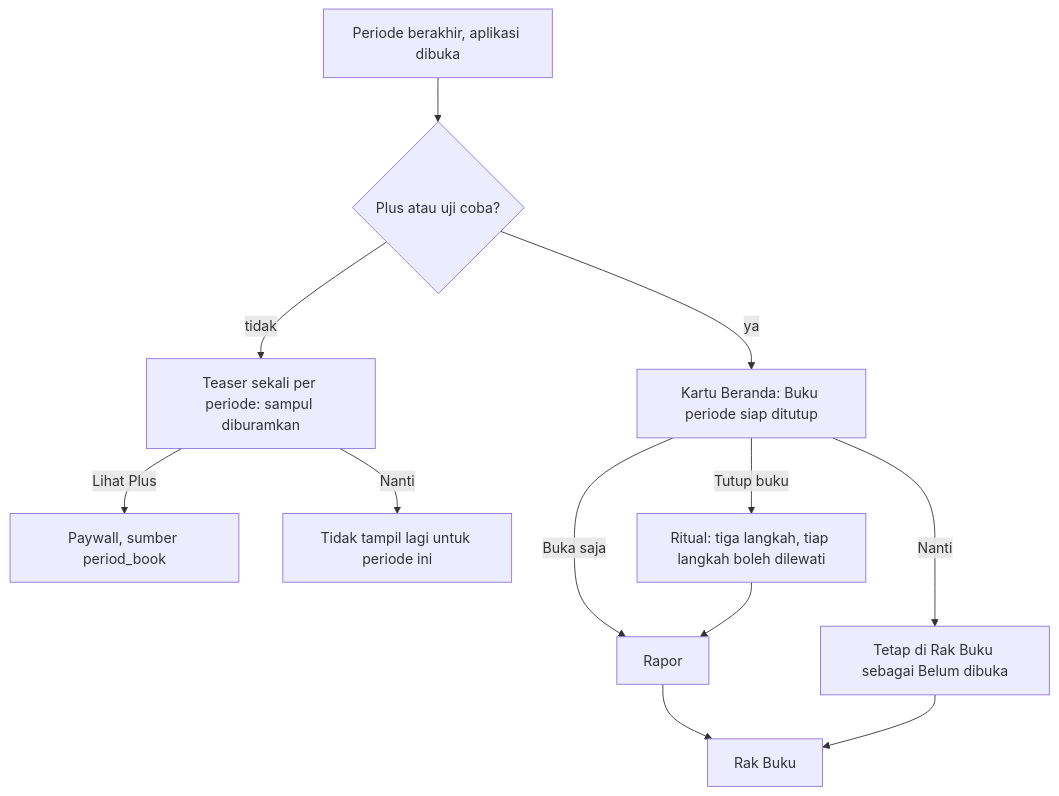
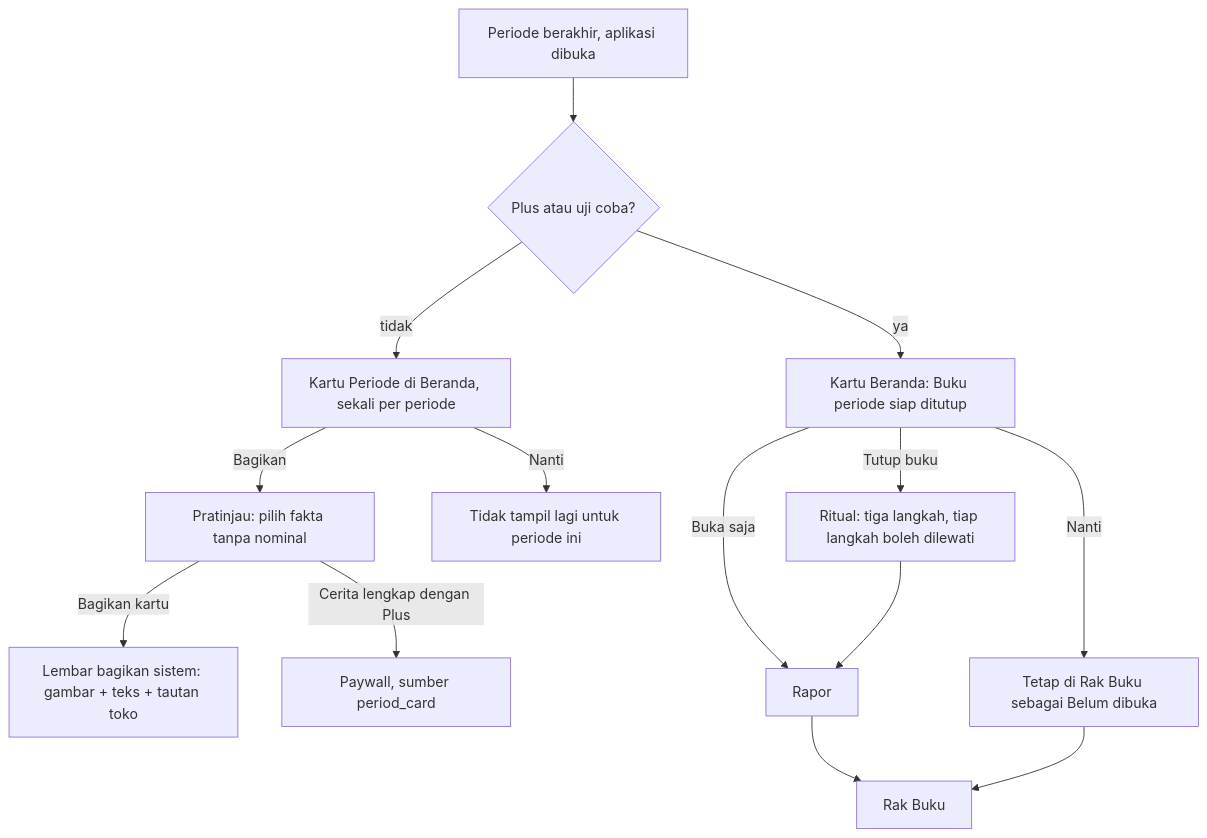
One commit to arkariz/Saldough changed the diagram in docs/01-product/features/BUKU_PERIODE.md. Above: the diagram before and after it, drawn with Mermaid. The commit also changed other lines of this file and 4 other files, not shown here.

First line of the commit message:
Buku Periode: Kartu Periode gratis yang bisa dibagikan (jalur pertumbuhan)

````diff
--- a/docs/01-product/features/BUKU_PERIODE.md
+++ b/docs/01-product/features/BUKU_PERIODE.md
@@ -168,14 +182,16 @@
 ```mermaid
 flowchart TD
   A[Periode berakhir, aplikasi dibuka] --> B{Plus atau uji coba?}
-  B -- tidak --> T[Teaser sekali per periode: sampul diburamkan]
-  T -- Lihat Plus --> P[Paywall, sumber period_book]
+  B -- tidak --> T[Kartu Periode di Beranda, sekali per periode]
+  T -- Bagikan --> V[Pratinjau: pilih fakta tanpa nominal]
+  V -- Bagikan kartu --> W[Lembar bagikan sistem: gambar + teks + tautan toko]
+  V -- Cerita lengkap dengan Plus --> P[Paywall, sumber period_card]
   T -- Nanti --> Z[Tidak tampil lagi untuk periode ini]
   B -- ya --> C[Kartu Beranda: Buku periode siap ditutup]
   C -- Tutup buku --> R[Ritual: tiga langkah, tiap langkah boleh dilewati]
   C -- Buka saja --> K[Rapor]
   R --> K
   C -- Nanti --> S[Tetap di Rak Buku sebagai Belum dibuka]
   K --> H[Rak Buku]
   S --> H
 ```
````
